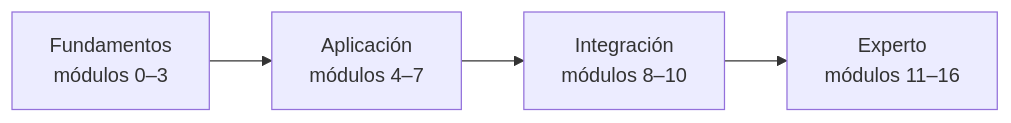
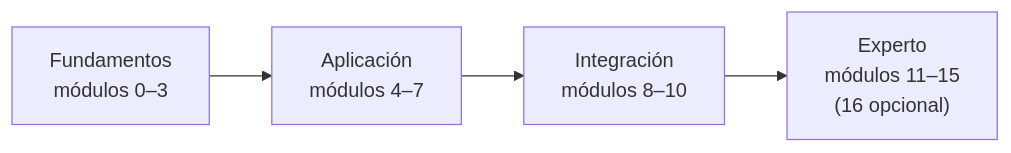
One commit to NICORUIZ93/The_Imperial_Book changed the first of 2 diagrams in web/public/content/angular/modulo-0.md. Above: the diagram before and after it, drawn with Mermaid. The commit also changed other lines of this file and 41 other files, not shown here.

````diff
--- a/web/public/content/angular/modulo-0.md
+++ b/web/public/content/angular/modulo-0.md
@@ -41,10 +41,10 @@
 ```mermaid
 flowchart LR
     E0["Fundamentos<br/>módulos 0–3"]
     E1["Aplicación<br/>módulos 4–7"]
     E2["Integración<br/>módulos 8–10"]
-    E3["Experto<br/>módulos 11–16"]
+    E3["Experto<br/>módulos 11–15<br/>(16 opcional)"]
     E0 --> E1
     E1 --> E2
     E2 --> E3
 ```
````
